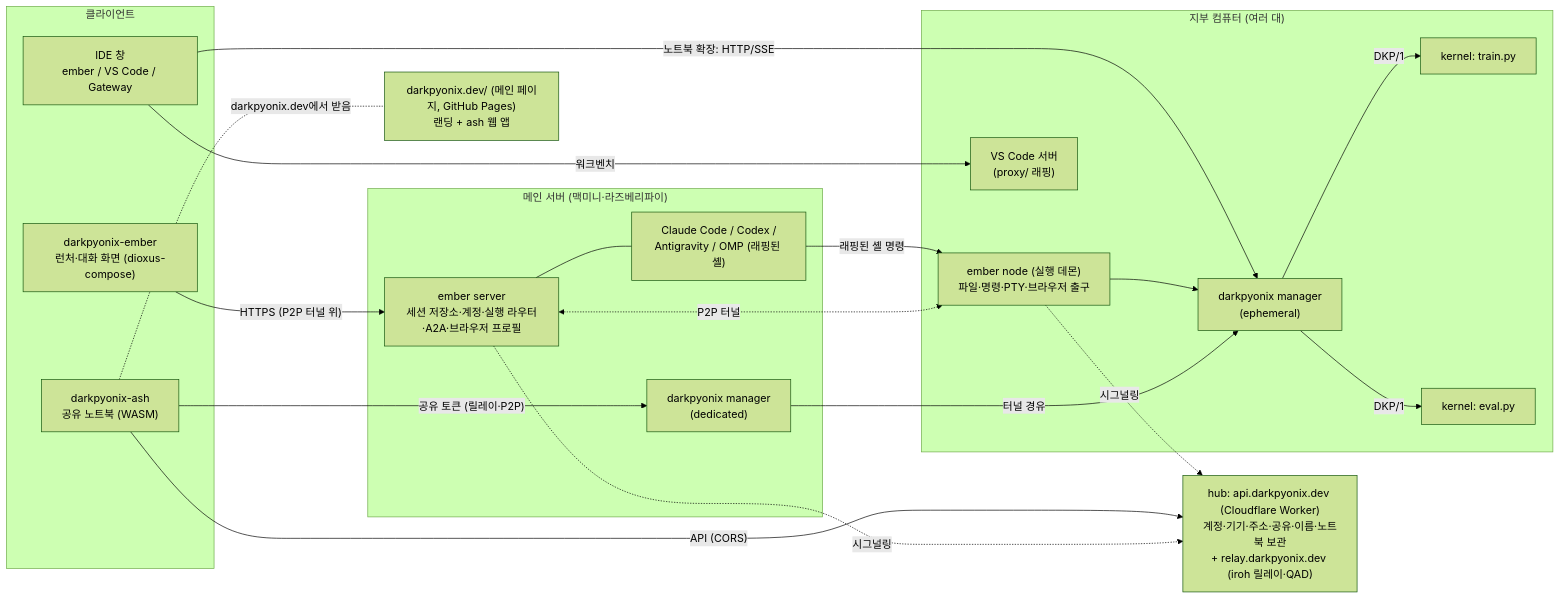
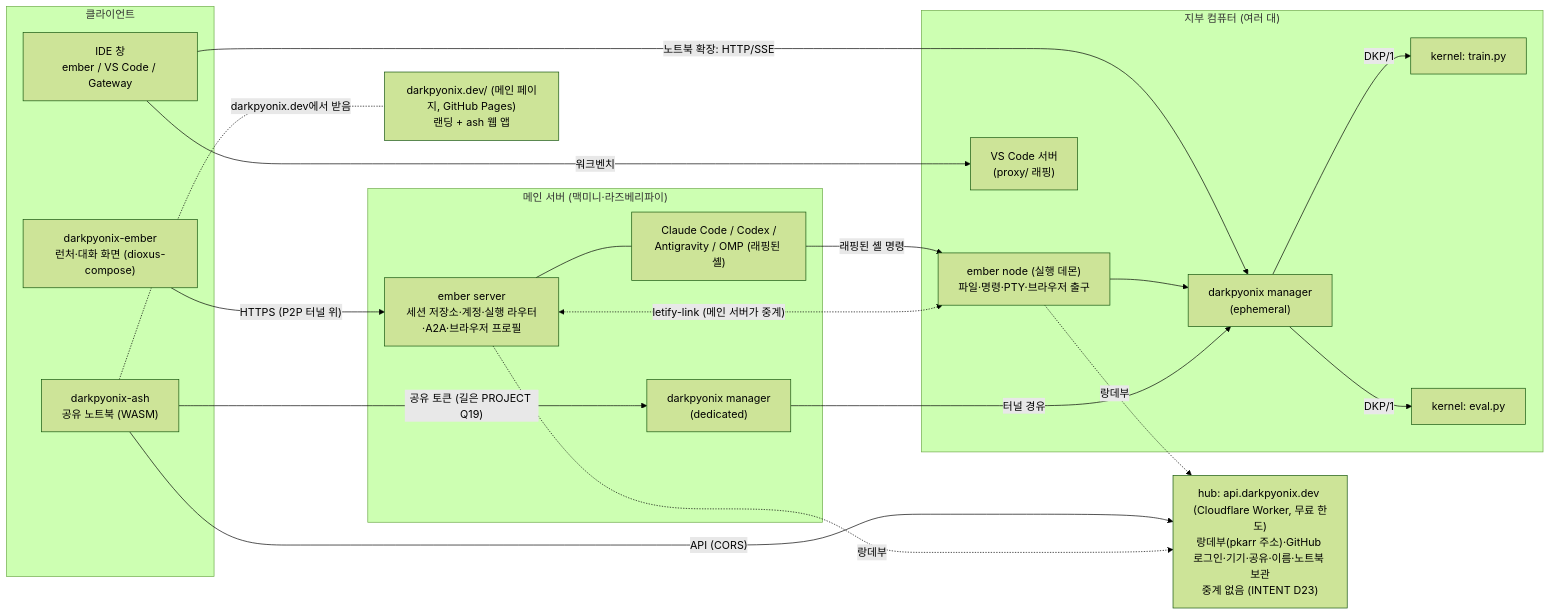
One commit to DarkPyonix/darkpyonix changed the first of 9 diagrams in docs/ARCHITECTURE.md. Above: the diagram before and after it, drawn with Mermaid (forest theme). The commit also changed other lines of this file and 3 other files, not shown here.

Commit message:
Docs: Close PROJECT Q9, add Q19 to Q21 and drop the hub relay from ARCHITECTURE (INTENT D23)

````diff
--- a/docs/ARCHITECTURE.md
+++ b/docs/ARCHITECTURE.md
@@ -9,41 +9,41 @@
 ```mermaid
 flowchart LR
   subgraph Clients["클라이언트"]
     EMBER["darkpyonix-ember<br/>런처·대화 화면 (dioxus-compose)"]
     IDE["IDE 창<br/>ember / VS Code / Gateway"]
     ASH["darkpyonix-ash<br/>공유 노트북 (WASM)"]
   end
 
   subgraph Main["메인 서버 (맥미니·라즈베리파이)"]
     ES["ember server<br/>세션 저장소·계정·실행 라우터·A2A·브라우저 프로필"]
     CLIS["Claude Code / Codex /<br/>Antigravity / OMP (래핑된 셸)"]
     DM["darkpyonix manager<br/>(dedicated)"]
   end
 
   subgraph Branch["지부 컴퓨터 (여러 대)"]
     NODE["ember node (실행 데몬)<br/>파일·명령·PTY·브라우저 출구"]
     VSC["VS Code 서버<br/>(proxy/ 래핑)"]
     EM["darkpyonix manager<br/>(ephemeral)"]
     K1["kernel: train.py"]
     K2["kernel: eval.py"]
   end
 
   FRONT["darkpyonix.dev/ (메인 페이지, GitHub Pages)<br/>랜딩 + ash 웹 앱"]
-  HUB["hub: api.darkpyonix.dev (Cloudflare Worker)<br/>계정·기기·주소·공유·이름·노트북 보관<br/>+ relay.darkpyonix.dev (iroh 릴레이·QAD)"]
+  HUB["hub: api.darkpyonix.dev (Cloudflare Worker, 무료 한도)<br/>랑데부(pkarr 주소)·GitHub 로그인·기기·공유·이름·노트북 보관<br/>중계 없음 (INTENT D23)"]
 
   EMBER -- "HTTPS (P2P 터널 위)" --> ES
   IDE -- "워크벤치" --> VSC
   IDE -- "노트북 확장: HTTP/SSE" --> EM
   ASH -. "darkpyonix.dev에서 받음" .- FRONT
   ASH -- "API (CORS)" --> HUB
-  ASH -- "공유 토큰 (릴레이·P2P)" --> DM
+  ASH -- "공유 토큰 (길은 PROJECT Q19)" --> DM
   ES --- CLIS
   CLIS -- 래핑된 셸 명령 --> NODE
-  ES <-. P2P 터널 .-> NODE
-  ES -. 시그널링 .-> HUB
-  NODE -. 시그널링 .-> HUB
+  ES <-. "letify-link (메인 서버가 중계)" .-> NODE
+  ES -. 랑데부 .-> HUB
+  NODE -. 랑데부 .-> HUB
   NODE --> EM
   EM -- DKP/1 --> K1
   EM -- DKP/1 --> K2
   DM -- 터널 경유 --> EM
 ```
````
